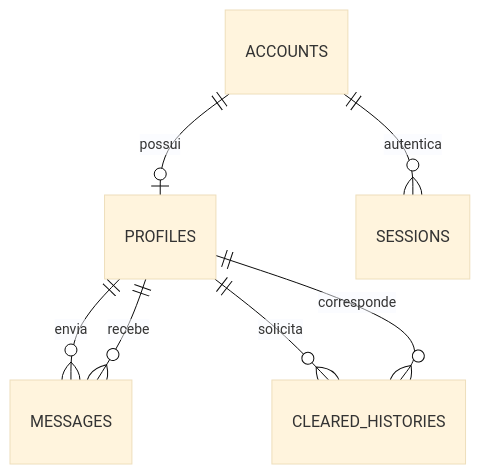
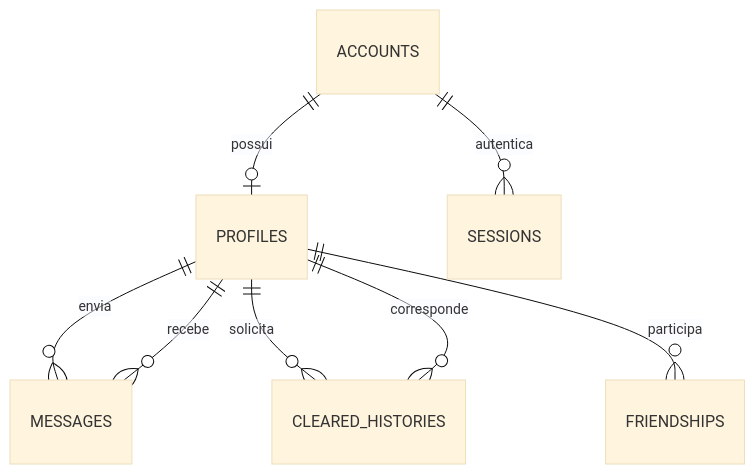
The diagram in docs/banco-de-dados.md (lucianofreire29/yala), drawn with Mermaid (base theme) before and after one commit. The commit also changed other lines of this file and 18 other files, not shown here.

````diff
--- a/docs/banco-de-dados.md
+++ b/docs/banco-de-dados.md
@@ -14,9 +15,10 @@
 ```mermaid
 erDiagram
     ACCOUNTS ||--o| PROFILES : possui
     ACCOUNTS ||--o{ SESSIONS : autentica
     PROFILES ||--o{ MESSAGES : envia
     PROFILES ||--o{ MESSAGES : recebe
     PROFILES ||--o{ CLEARED_HISTORIES : solicita
     PROFILES ||--o{ CLEARED_HISTORIES : corresponde
+    PROFILES ||--o{ FRIENDSHIPS : participa
 ```
````
